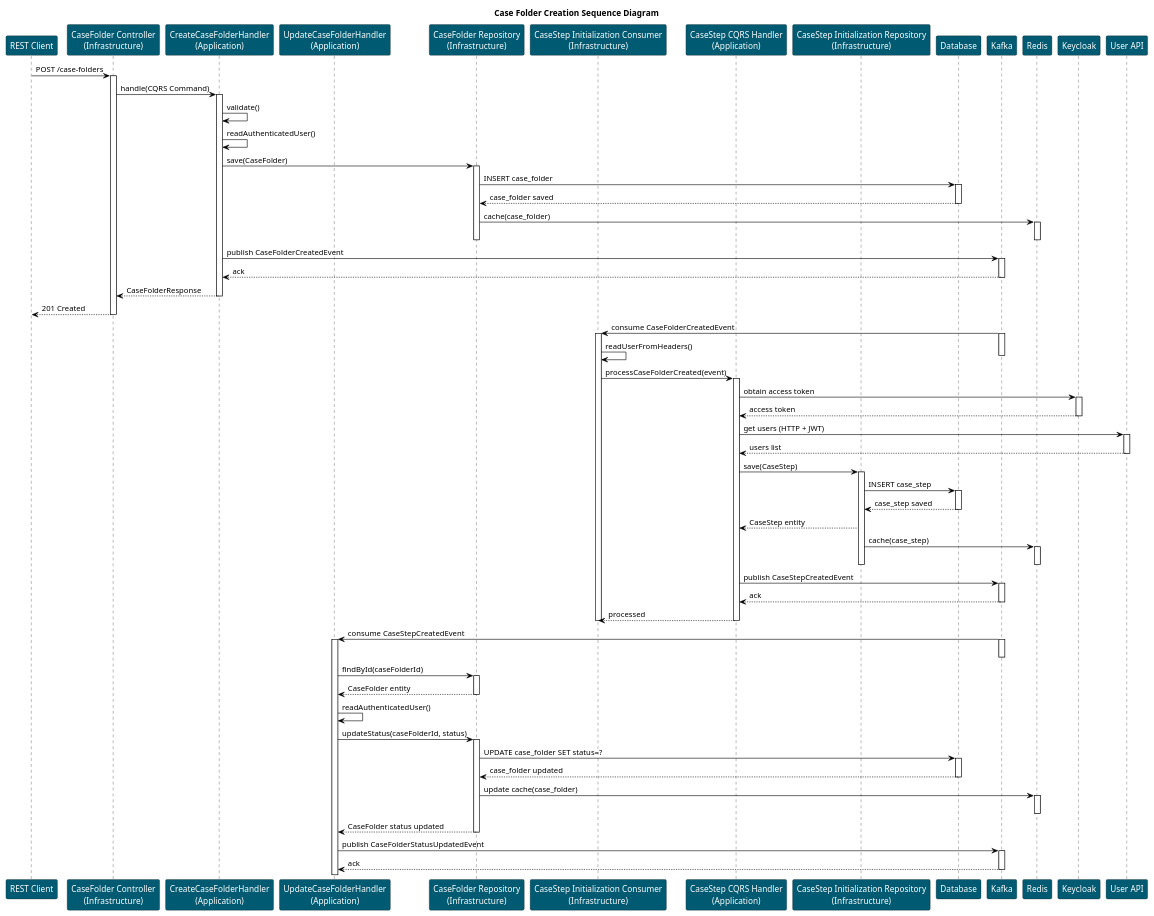
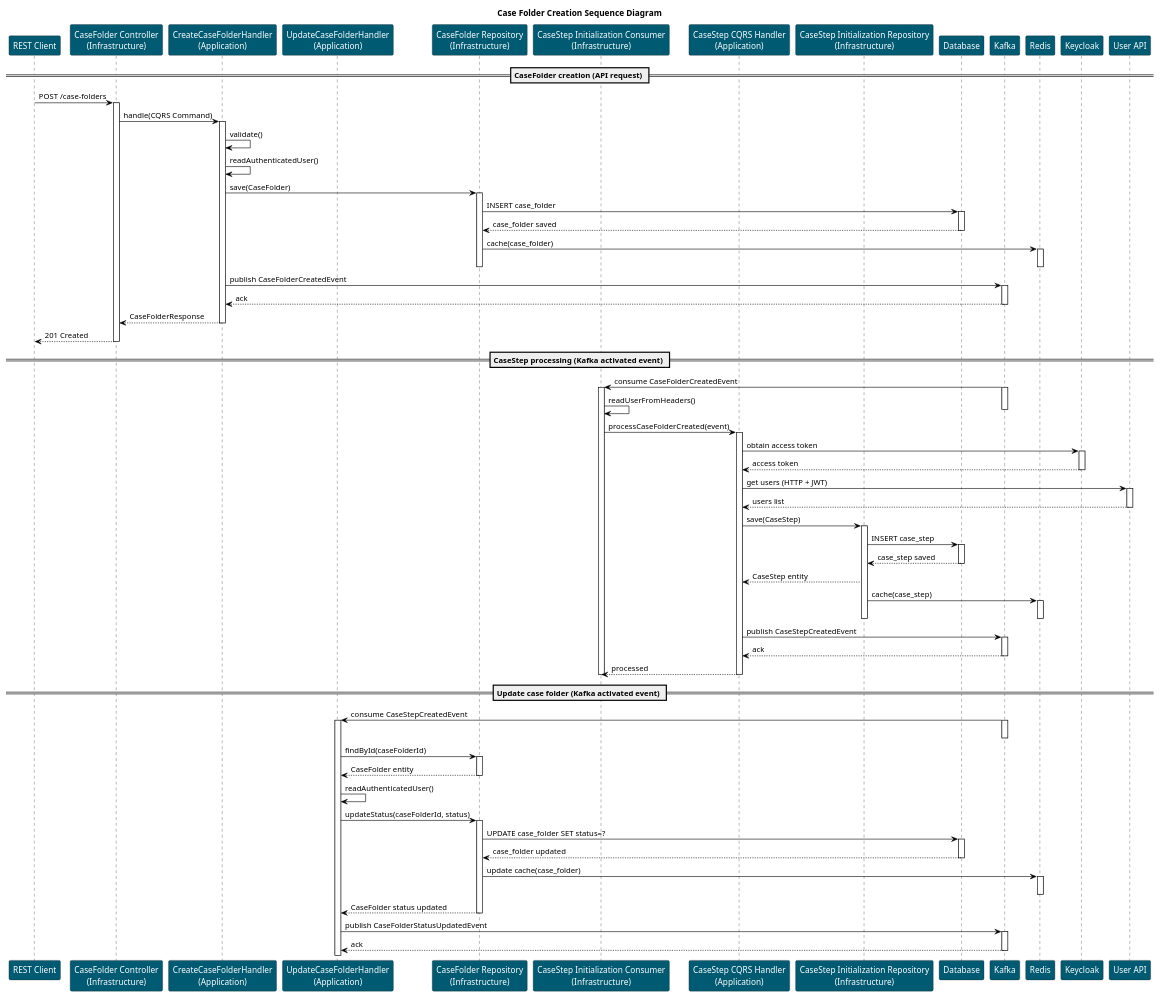
Before and after one commit to labcabrera/archetype-spring-cloud-stream-vertical-slice-contract-first: the diagram in diagrams/case-folder-creation-diagram.plantuml, drawn with PlantUML. The commit also changed 2 other files, not shown here.

```diff
--- a/diagrams/case-folder-creation-diagram.plantuml
+++ b/diagrams/case-folder-creation-diagram.plantuml
@@ -1,120 +1,124 @@
 @startuml Case Folder Creation Sequence Diagram
 title Case Folder Creation Sequence Diagram
 
 skinparam ParticipantBackgroundColor #005b72
 skinparam ParticipantFontColor #ffffff
 skinparam ArrowColor #000000
 
 participant "REST Client" as Client
 participant "CaseFolder Controller\n(Infrastructure)" as CaseFolderController
 participant "CreateCaseFolderHandler\n(Application)" as CreateCaseFolderHandler
 participant "UpdateCaseFolderHandler\n(Application)" as UpdateCaseFolderHandler
 participant "CaseFolder Repository\n(Infrastructure)" as CaseFolderRepository
 participant "CaseStep Initialization Consumer\n(Infrastructure)" as CaseStepConsumer
 participant "CaseStep CQRS Handler\n(Application)" as CaseStepHandler
 participant "CaseStep Initialization Repository\n(Infrastructure)" as CaseStepRepository
 participant "Database" as DB
 participant "Kafka" as Kafka
 participant "Redis" as Redis
 participant "Keycloak" as Keycloak
 participant "User API" as UserAPI
+
+== CaseFolder creation (API request) ==
 
 Client -> CaseFolderController: POST /case-folders
 activate CaseFolderController
 
 ' Case folder creation
 CaseFolderController -> CreateCaseFolderHandler: handle(CQRS Command)
 activate CreateCaseFolderHandler
 CreateCaseFolderHandler -> CreateCaseFolderHandler: validate()
 CreateCaseFolderHandler -> CreateCaseFolderHandler: readAuthenticatedUser()
 CreateCaseFolderHandler -> CaseFolderRepository: save(CaseFolder)
 activate CaseFolderRepository
 CaseFolderRepository -> DB: INSERT case_folder
 activate DB
 DB --> CaseFolderRepository: case_folder saved
 deactivate DB
 CaseFolderRepository -> Redis: cache(case_folder)
 activate Redis
 deactivate Redis
 
 ' CaseFolderRepository --> CaseFolderHandler: CaseFolder entity
 deactivate CaseFolderRepository
 
 CreateCaseFolderHandler -> Kafka: publish CaseFolderCreatedEvent
 activate Kafka
 Kafka --> CreateCaseFolderHandler: ack
 deactivate Kafka
 
 CreateCaseFolderHandler --> CaseFolderController: CaseFolderResponse
 deactivate CreateCaseFolderHandler
 CaseFolderController --> Client: 201 Created
 deactivate CaseFolderController
 
-' Case step creation
+== CaseStep processing (Kafka activated event) ==
+
 Kafka -> CaseStepConsumer: consume CaseFolderCreatedEvent
 activate Kafka
 activate CaseStepConsumer
 CaseStepConsumer -> CaseStepConsumer: readUserFromHeaders()
 deactivate Kafka
 
 CaseStepConsumer -> CaseStepHandler: processCaseFolderCreated(event)
 activate CaseStepHandler
 
 CaseStepHandler -> Keycloak: obtain access token
 activate Keycloak
 Keycloak --> CaseStepHandler: access token
 deactivate Keycloak
 CaseStepHandler -> UserAPI: get users (HTTP + JWT)
 activate UserAPI
 UserAPI --> CaseStepHandler: users list
 deactivate UserAPI
 
 CaseStepHandler -> CaseStepRepository: save(CaseStep)
 activate CaseStepRepository
 CaseStepRepository -> DB: INSERT case_step
 activate DB
 DB --> CaseStepRepository: case_step saved
 deactivate DB
 CaseStepRepository --> CaseStepHandler: CaseStep entity
 CaseStepRepository -> Redis: cache(case_step)
 activate Redis
 deactivate Redis
 deactivate CaseStepRepository
 CaseStepHandler -> Kafka: publish CaseStepCreatedEvent
 activate Kafka
 Kafka --> CaseStepHandler: ack
 deactivate Kafka
 
 CaseStepHandler --> CaseStepConsumer: processed
 deactivate CaseStepHandler
 deactivate CaseStepConsumer
 
-' Update case folder status
+== Update case folder (Kafka activated event) ==
+
 Kafka -> UpdateCaseFolderHandler: consume CaseStepCreatedEvent
 activate Kafka
 deactivate Kafka
 activate UpdateCaseFolderHandler
 UpdateCaseFolderHandler -> CaseFolderRepository: findById(caseFolderId)
 activate CaseFolderRepository
 CaseFolderRepository --> UpdateCaseFolderHandler: CaseFolder entity
 deactivate CaseFolderRepository
 UpdateCaseFolderHandler -> UpdateCaseFolderHandler: readAuthenticatedUser()
 
 UpdateCaseFolderHandler -> CaseFolderRepository: updateStatus(caseFolderId, status)
 activate CaseFolderRepository
 CaseFolderRepository -> DB: UPDATE case_folder SET status=?
 activate DB
 DB --> CaseFolderRepository: case_folder updated
 deactivate DB
 CaseFolderRepository -> Redis: update cache(case_folder)
 activate Redis
 deactivate Redis
 CaseFolderRepository --> UpdateCaseFolderHandler: CaseFolder status updated
 deactivate CaseFolderRepository
 
 UpdateCaseFolderHandler -> Kafka: publish CaseFolderStatusUpdatedEvent
 activate Kafka
 Kafka --> UpdateCaseFolderHandler: ack
 deactivate Kafka
 
 @enduml
```
